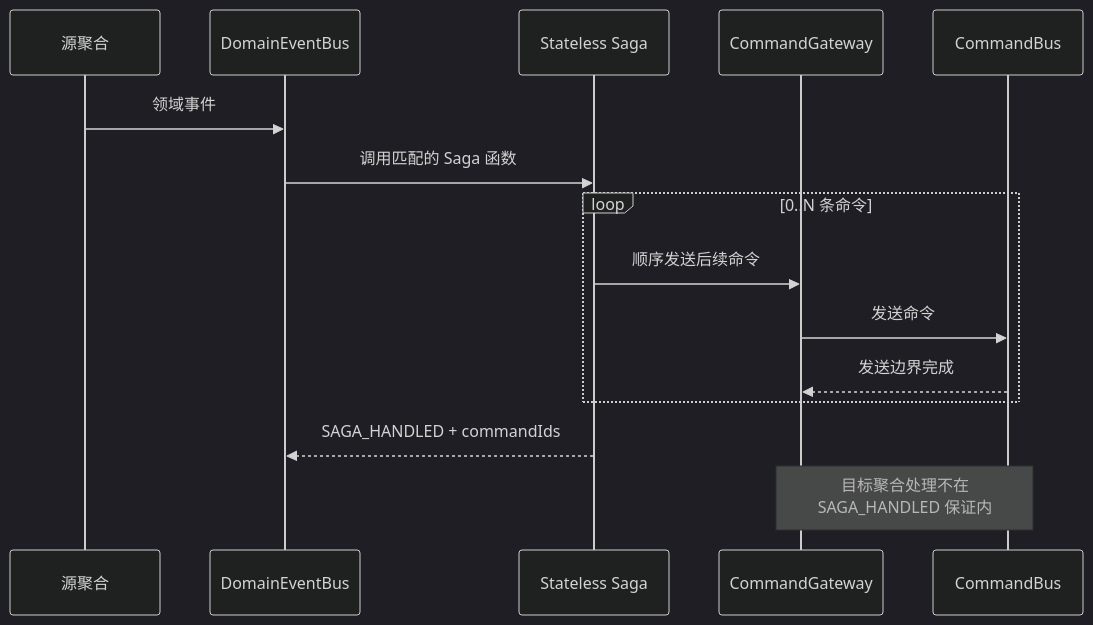
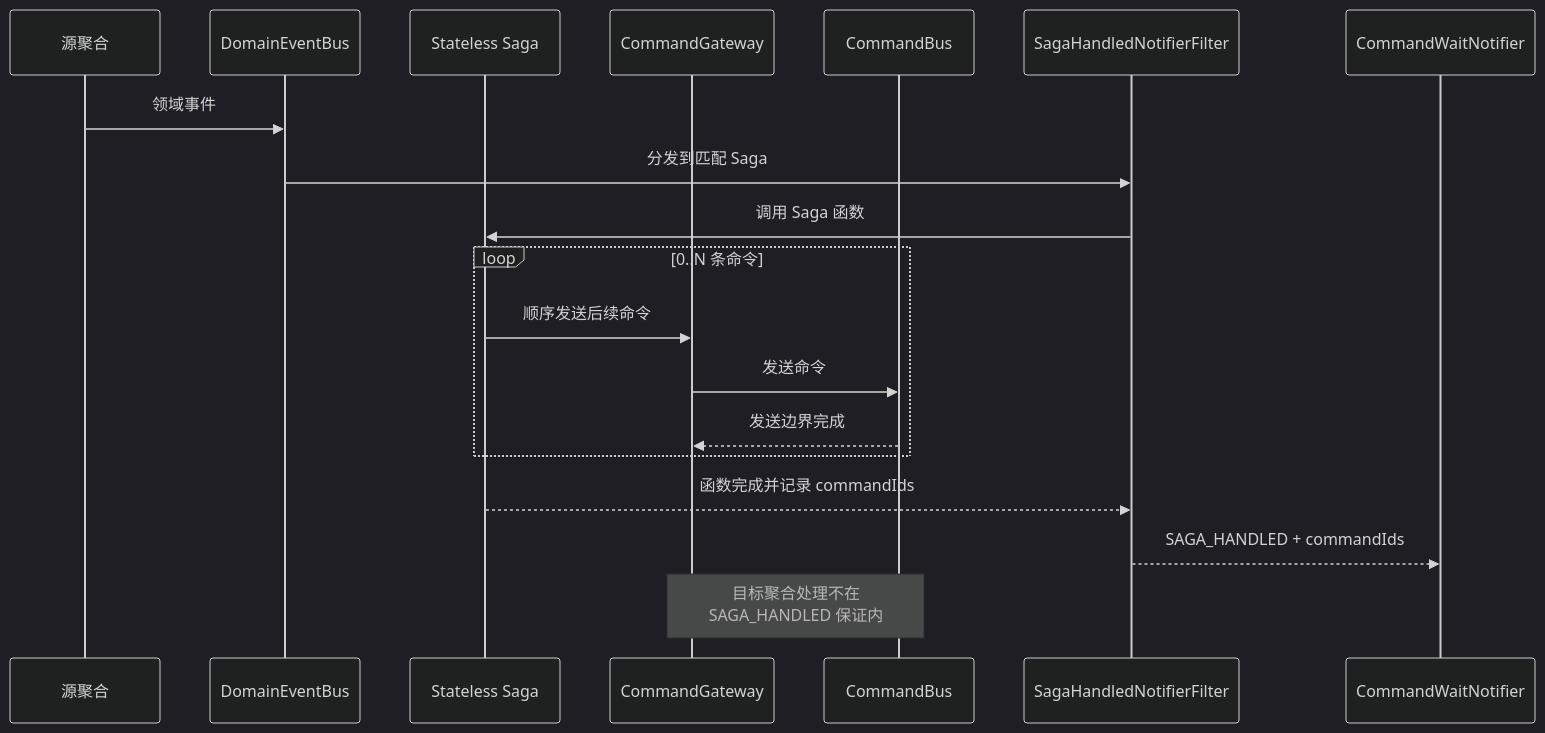
Before and after one commit to Ahoo-Wang/Wow: the diagram in documentation/docs/zh/guide/event/saga.md, drawn with Mermaid (dark theme). The commit also changed 11 other files, not shown here.

Commit message:
docs: correct final diagram semantics

````diff
--- a/documentation/docs/zh/guide/event/saga.md
+++ b/documentation/docs/zh/guide/event/saga.md
@@ -13,17 +13,21 @@
 ```mermaid
 sequenceDiagram
     participant Source as 源聚合
     participant EventBus as DomainEventBus
     participant Saga as Stateless Saga
     participant Gateway as CommandGateway
     participant CommandBus as CommandBus
+    participant Notifier as SagaHandledNotifierFilter
+    participant WaitNotifier as CommandWaitNotifier
     Source->>EventBus: 领域事件
-    EventBus->>Saga: 调用匹配的 Saga 函数
+    EventBus->>Notifier: 分发到匹配 Saga
+    Notifier->>Saga: 调用 Saga 函数
     loop 0..N 条命令
         Saga->>Gateway: 顺序发送后续命令
         Gateway->>CommandBus: 发送命令
         CommandBus-->>Gateway: 发送边界完成
     end
-    Saga-->>EventBus: SAGA_HANDLED + commandIds
+    Saga-->>Notifier: 函数完成并记录 commandIds
+    Notifier-->>WaitNotifier: SAGA_HANDLED + commandIds
     Note over Gateway,CommandBus: 目标聚合处理不在<br/>SAGA_HANDLED 保证内
 ```
````
